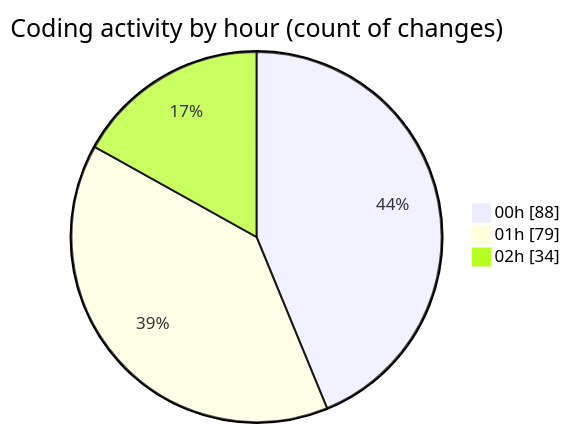
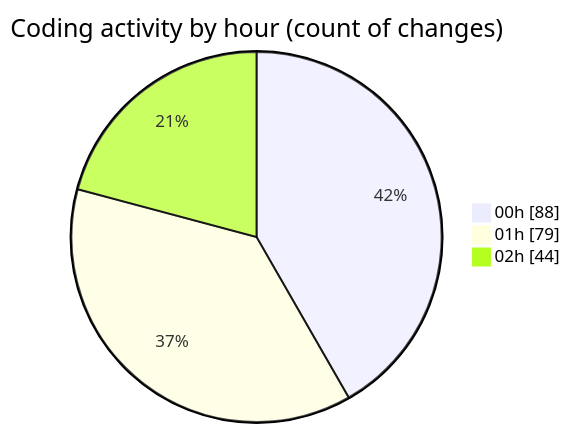
One commit to lephambinh05/code-tracking changed the second of 2 diagrams in 2025-08-16/rentotp/README.md. Above: the diagram before and after it, drawn with Mermaid. The commit also changed other lines of this file and 1 other file, not shown here.

````diff
--- a/2025-08-16/rentotp/README.md
+++ b/2025-08-16/rentotp/README.md
@@ -54,7 +55,7 @@
 ```mermaid
 pie showData
 title Coding activity by hour (count of changes)
 "00h" : 88
 "01h" : 79
-"02h" : 34
+"02h" : 44
 ```
````
